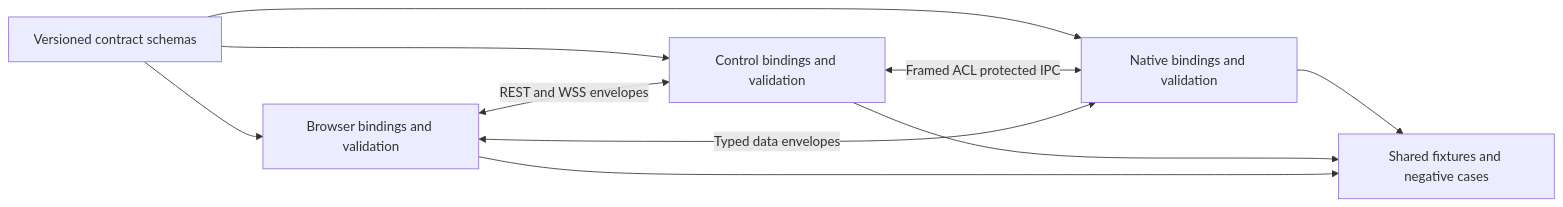
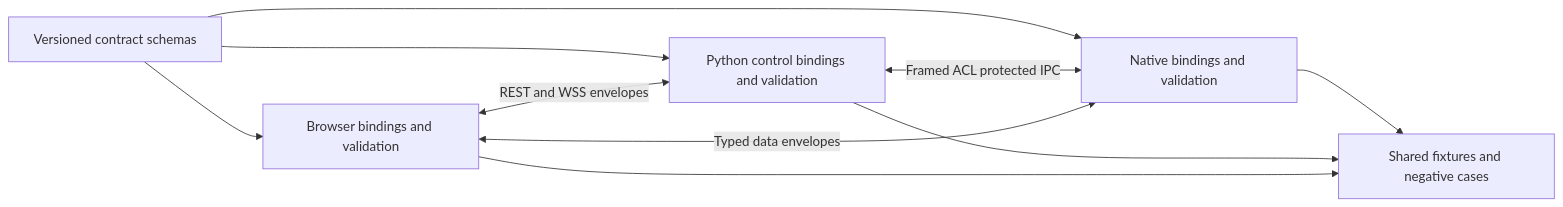
The diagram in docs/design/09-contracts.md (jpnaidu07/limelink), drawn with Mermaid before and after one commit. The commit also changed 11 other files, not shown here.

Commit message:
Bootstrap FastAPI control service and health endpoint

````diff
--- a/docs/design/09-contracts.md
+++ b/docs/design/09-contracts.md
@@ -21,12 +21,12 @@
 ```mermaid
 flowchart LR
     Build["Versioned contract schemas"] --> Web["Browser bindings and validation"]
-    Build --> Api["Control bindings and validation"]
+    Build --> Api["Python control bindings and validation"]
     Build --> Win["Native bindings and validation"]
     Web <-->|REST and WSS envelopes| Api
     Api <-->|Framed ACL protected IPC| Win
     Web <-->|Typed data envelopes| Win
     Win --> Corpus["Shared fixtures and negative cases"]
     Api --> Corpus
     Web --> Corpus
 ```
````
